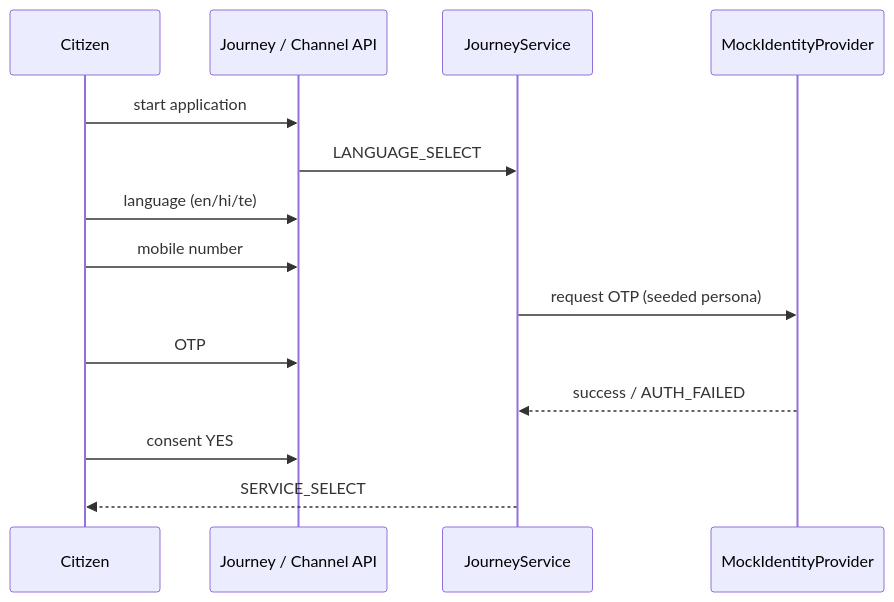
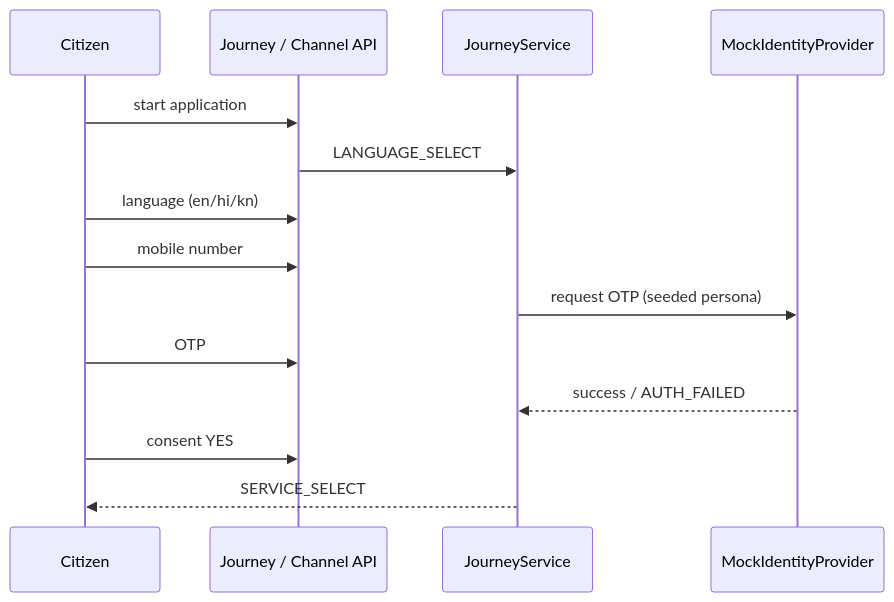
The fifth of 11 diagrams in docs/diagrams.md (Gautamprakash17/multilingual-voice-revenue-services), drawn with Mermaid before and after one commit. The commit also changed 89 other files, not shown here.

````diff
--- a/docs/diagrams.md
+++ b/docs/diagrams.md
@@ -88,16 +88,16 @@
 ```mermaid
 sequenceDiagram
   participant U as Citizen
   participant API as Journey / Channel API
   participant J as JourneyService
   participant ID as MockIdentityProvider
   U->>API: start application
   API->>J: LANGUAGE_SELECT
-  U->>API: language (en/hi/te)
+  U->>API: language (en/hi/kn)
   U->>API: mobile number
   J->>ID: request OTP (seeded persona)
   U->>API: OTP
   ID-->>J: success / AUTH_FAILED
   U->>API: consent YES
   J-->>U: SERVICE_SELECT
 ```
````
